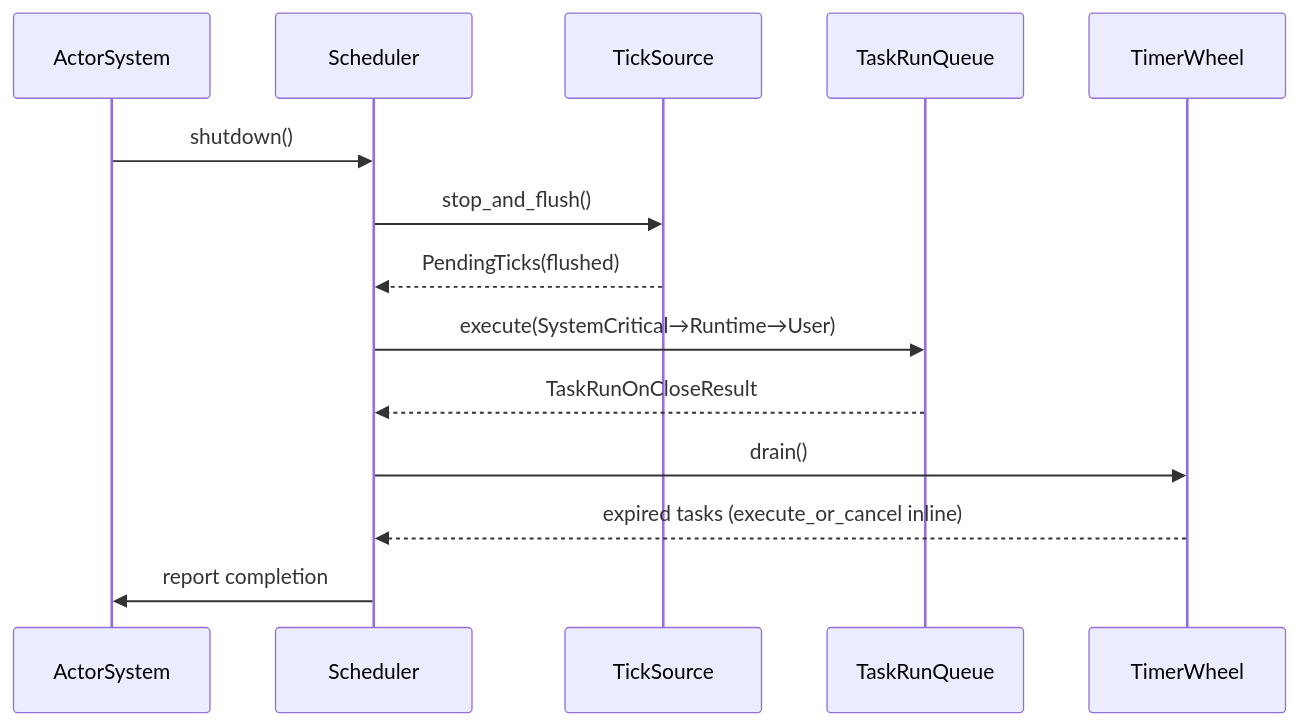
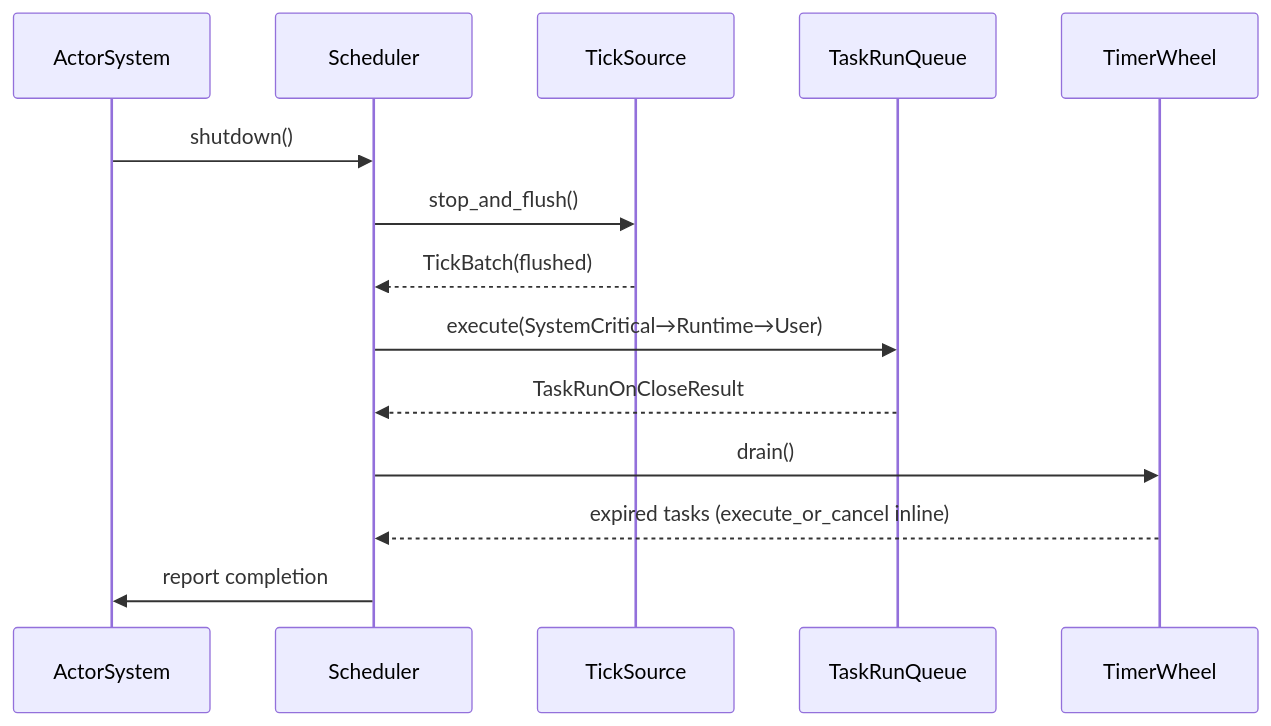
One commit to j5ik2o/fraktor-rs changed the third of 8 diagrams in .kiro/specs/pekko-compatible-scheduler/design.md. Above: the diagram before and after it, drawn with Mermaid. The commit also changed other lines of this file, not shown here.

Commit message:
feat: enhance ToolboxTickSource with improved tick handling and backpressure management

````diff
--- a/.kiro/specs/pekko-compatible-scheduler/design.md
+++ b/.kiro/specs/pekko-compatible-scheduler/design.md
@@ -130,16 +130,16 @@
 ```mermaid
 sequenceDiagram
   participant ActorSystem
   participant Scheduler
   participant TickSource
   participant TaskRunQueue
   participant TimerWheel
   ActorSystem->>Scheduler: shutdown()
   Scheduler->>TickSource: stop_and_flush()
-  TickSource-->>Scheduler: PendingTicks(flushed)
+  TickSource-->>Scheduler: TickBatch(flushed)
   Scheduler->>TaskRunQueue: execute(SystemCritical→Runtime→User)
   TaskRunQueue-->>Scheduler: TaskRunOnCloseResult
   Scheduler->>TimerWheel: drain()
   TimerWheel-->>Scheduler: expired tasks (execute_or_cancel inline)
   Scheduler->>ActorSystem: report completion
 ```
````
